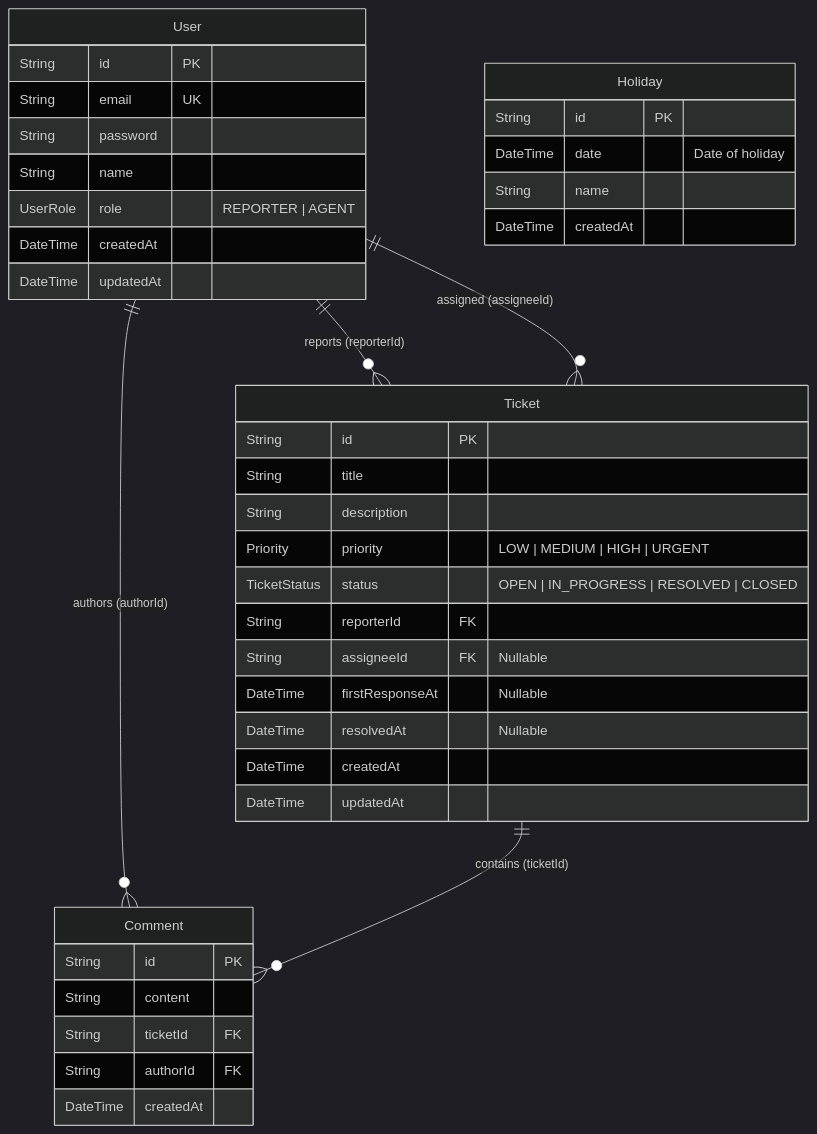
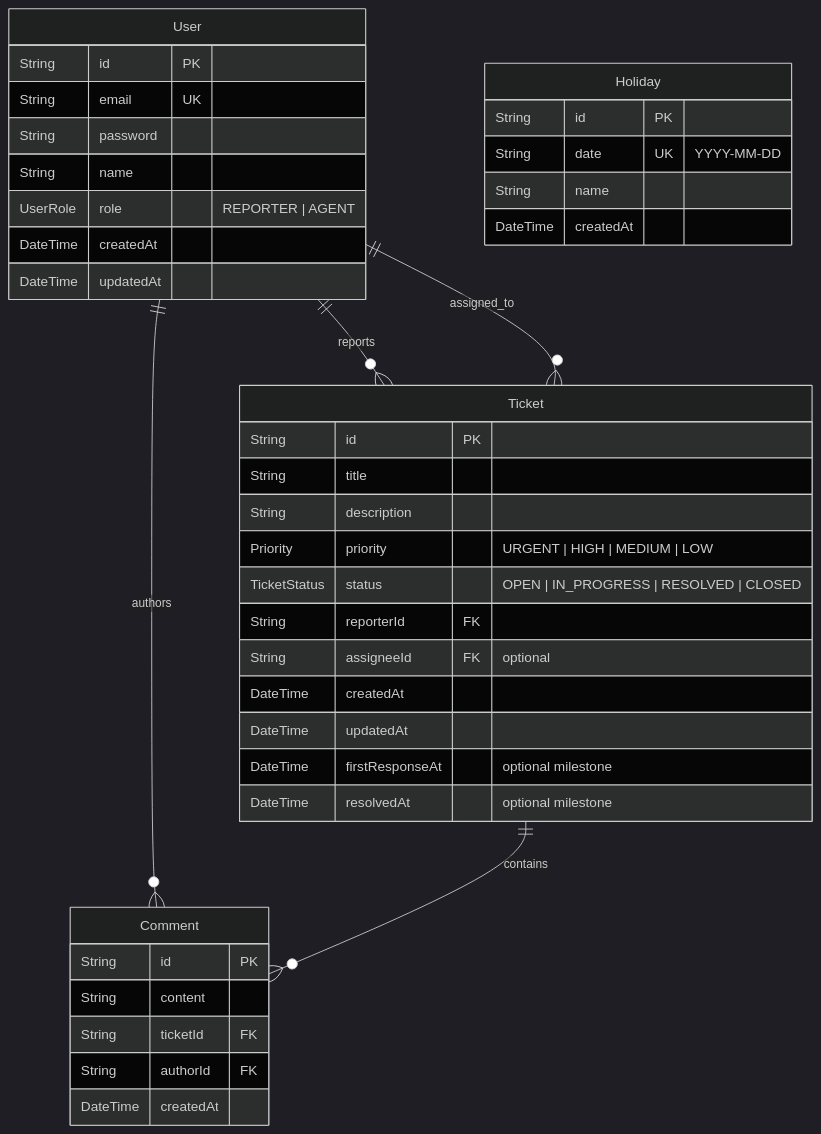
Before and after one commit to LEVELING2108/Support-Ticket-SLA-Service-Level-Agreement-Tracker: the second of 3 diagrams in README.md, drawn with Mermaid (dark theme). The commit also changed other lines of this file and 1 other file, not shown here.

````diff
--- a/README.md
+++ b/README.md
@@ -95,46 +102,46 @@
 ```mermaid
 erDiagram
-    User ||--o{ Ticket : "reports (reporterId)"
-    User ||--o{ Ticket : "assigned (assigneeId)"
-    User ||--o{ Comment : "authors (authorId)"
-    Ticket ||--o{ Comment : "contains (ticketId)"
+    User ||--o{ Ticket : "reports"
+    User ||--o{ Ticket : "assigned_to"
+    User ||--o{ Comment : "authors"
+    Ticket ||--o{ Comment : "contains"
 
     User {
         String id PK
         String email UK
         String password
         String name
         UserRole role "REPORTER | AGENT"
         DateTime createdAt
         DateTime updatedAt
     }
 
     Ticket {
         String id PK
         String title
         String description
-        Priority priority "LOW | MEDIUM | HIGH | URGENT"
+        Priority priority "URGENT | HIGH | MEDIUM | LOW"
         TicketStatus status "OPEN | IN_PROGRESS | RESOLVED | CLOSED"
         String reporterId FK
-        String assigneeId FK "Nullable"
-        DateTime firstResponseAt "Nullable"
-        DateTime resolvedAt "Nullable"
+        String assigneeId FK "optional"
         DateTime createdAt
         DateTime updatedAt
+        DateTime firstResponseAt "optional milestone"
+        DateTime resolvedAt "optional milestone"
     }
 
     Comment {
         String id PK
         String content
         String ticketId FK
         String authorId FK
         DateTime createdAt
     }
 
     Holiday {
         String id PK
-        DateTime date "Date of holiday"
+        String date UK "YYYY-MM-DD"
         String name
         DateTime createdAt
     }
 ```
````
